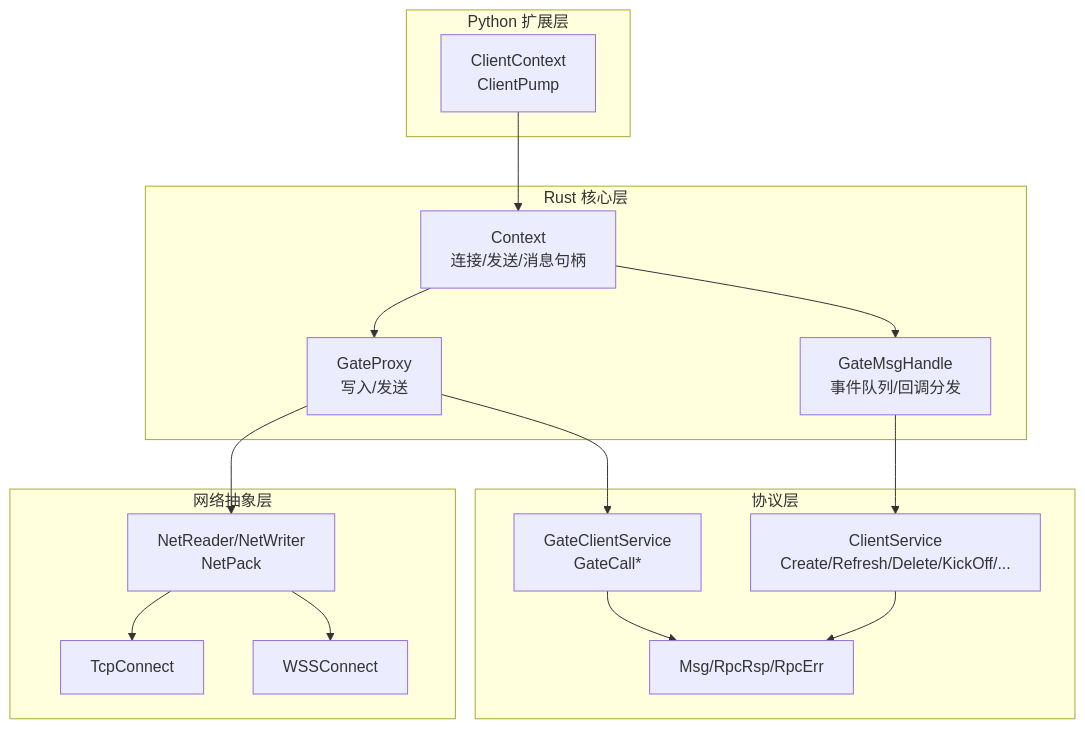
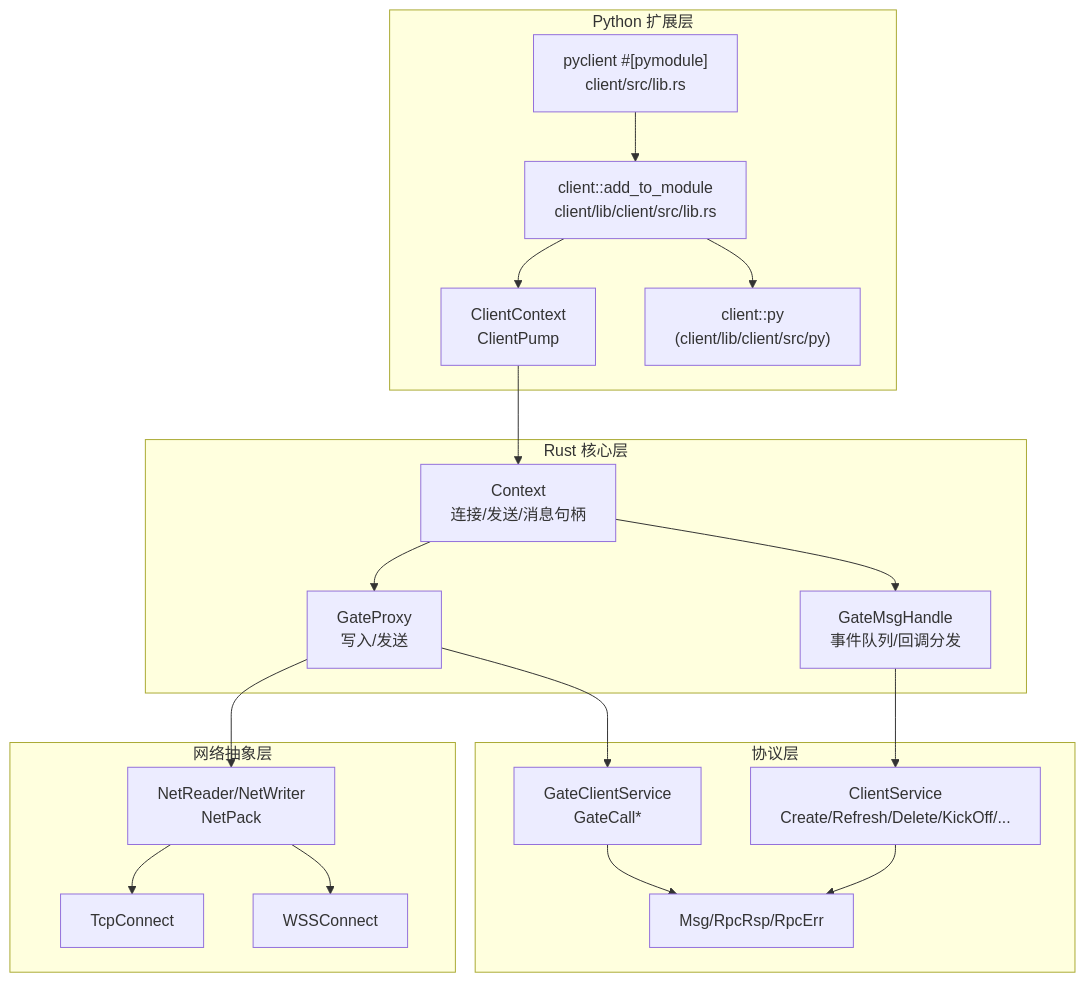
The first of 5 diagrams in .qoder/repowiki/zh/content/客户端 SDK/Rust 客户端.md (qianqians/geese), drawn with Mermaid before and after one commit. The commit also changed other lines of this file and 15 other files, not shown here.

````diff
--- a/.qoder/repowiki/zh/content/客户端 SDK/Rust 客户端.md
+++ b/.qoder/repowiki/zh/content/客户端 SDK/Rust 客户端.md
@@ -48,31 +51,37 @@
 ```mermaid
 graph TB
 subgraph "Python 扩展层"
+PYMOD["pyclient #[pymodule]<br/>client/src/lib.rs"]
+ADD["client::add_to_module<br/>client/lib/client/src/lib.rs"]
 PYC["ClientContext<br/>ClientPump"]
+SCN["client::py<br/>(client/lib/client/src/py)"]
 end
 subgraph "Rust 核心层"
 CTX["Context<br/>连接/发送/消息句柄"]
 GP["GateProxy<br/>写入/发送"]
 GMH["GateMsgHandle<br/>事件队列/回调分发"]
 end
 subgraph "网络抽象层"
 NET["NetReader/NetWriter<br/>NetPack"]
 TCP["TcpConnect"]
 WSS["WSSConnect"]
 end
 subgraph "协议层"
 GATE["GateClientService<br/>GateCall*"]
 CLIENT["ClientService<br/>Create/Refresh/Delete/KickOff/..."]
 COMMON["Msg/RpcRsp/RpcErr"]
 end
+PYMOD --> ADD
+ADD --> PYC
+ADD --> SCN
 PYC --> CTX
 CTX --> GP
 CTX --> GMH
 GP --> NET
 NET --> TCP
 NET --> WSS
 GP --> GATE
 GMH --> CLIENT
 GATE --> COMMON
 CLIENT --> COMMON
 ```
````
